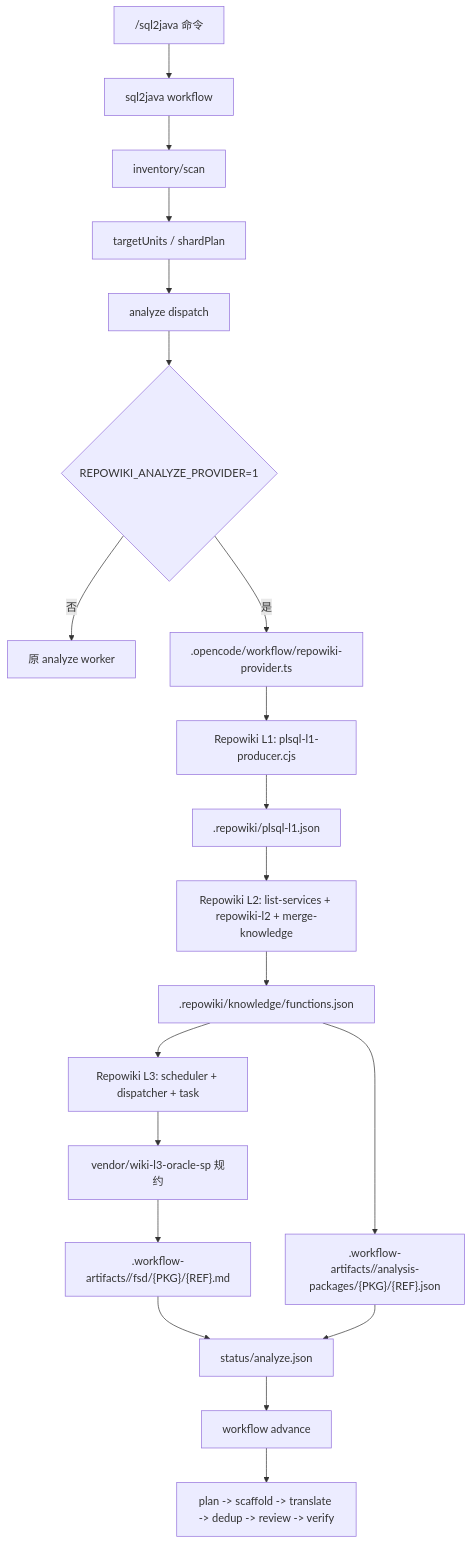
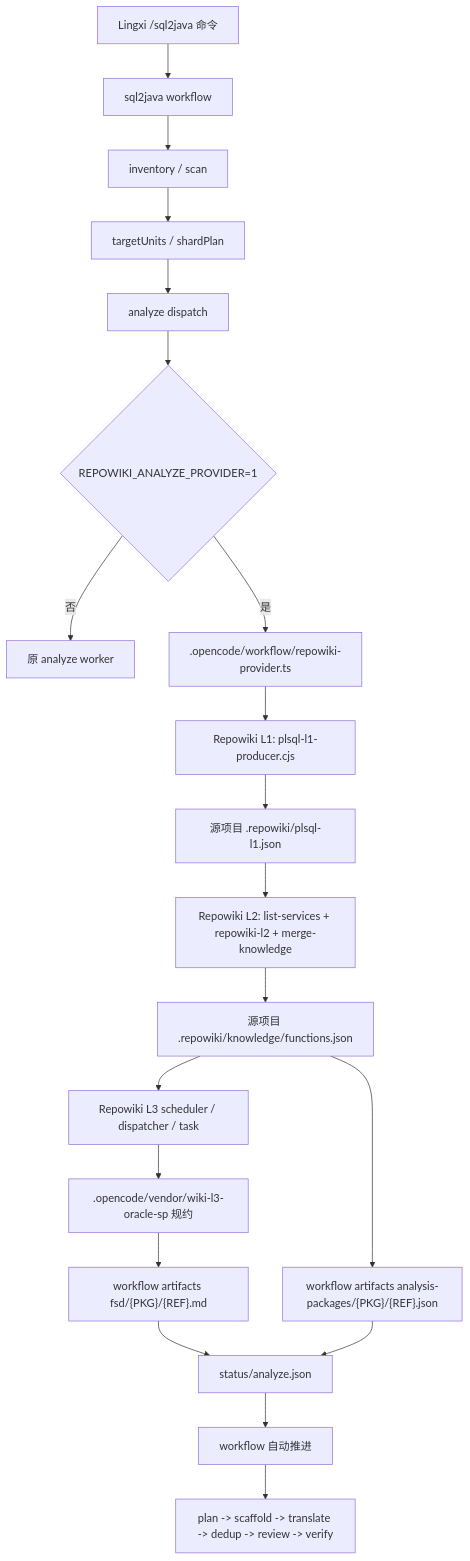
The diagram in README.md (lanszdg/sql2java-workflow-repowiki), drawn with Mermaid before and after one commit. The commit also changed other lines of this file and 467 other files, not shown here.

Commit message:
fix: embed repowiki under opencode vendor

````diff
--- a/README.md
+++ b/README.md
@@ -27,22 +89,22 @@
 ```mermaid
 flowchart TD
-  A["/sql2java 命令"] --> B["sql2java workflow"]
-  B --> C["inventory/scan"]
+  A["Lingxi /sql2java 命令"] --> B["sql2java workflow"]
+  B --> C["inventory / scan"]
   C --> D["targetUnits / shardPlan"]
   D --> E["analyze dispatch"]
-  E --> F{"REPOWIKI_ANALYZE_PROVIDER=1"}
+  E --> F{REPOWIKI_ANALYZE_PROVIDER=1}
   F -- "否" --> G["原 analyze worker"]
   F -- "是" --> H[".opencode/workflow/repowiki-provider.ts"]
   H --> I["Repowiki L1: plsql-l1-producer.cjs"]
-  I --> J[".repowiki/plsql-l1.json"]
+  I --> J["源项目 .repowiki/plsql-l1.json"]
   J --> K["Repowiki L2: list-services + repowiki-l2 + merge-knowledge"]
-  K --> L[".repowiki/knowledge/functions.json"]
-  L --> M["Repowiki L3: scheduler + dispatcher + task"]
-  M --> N["vendor/wiki-l3-oracle-sp 规约"]
-  N --> O[".workflow-artifacts/<runId>/fsd/{PKG}/{REF}.md"]
-  L --> P[".workflow-artifacts/<runId>/analysis-packages/{PKG}/{REF}.json"]
+  K --> L["源项目 .repowiki/knowledge/functions.json"]
+  L --> M["Repowiki L3 scheduler / dispatcher / task"]
+  M --> N[".opencode/vendor/wiki-l3-oracle-sp 规约"]
+  N --> O["workflow artifacts fsd/{PKG}/{REF}.md"]
+  L --> P["workflow artifacts analysis-packages/{PKG}/{REF}.json"]
   O --> Q["status/analyze.json"]
   P --> Q
-  Q --> R["workflow advance"]
+  Q --> R["workflow 自动推进"]
   R --> S["plan -> scaffold -> translate -> dedup -> review -> verify"]
 ```
````
